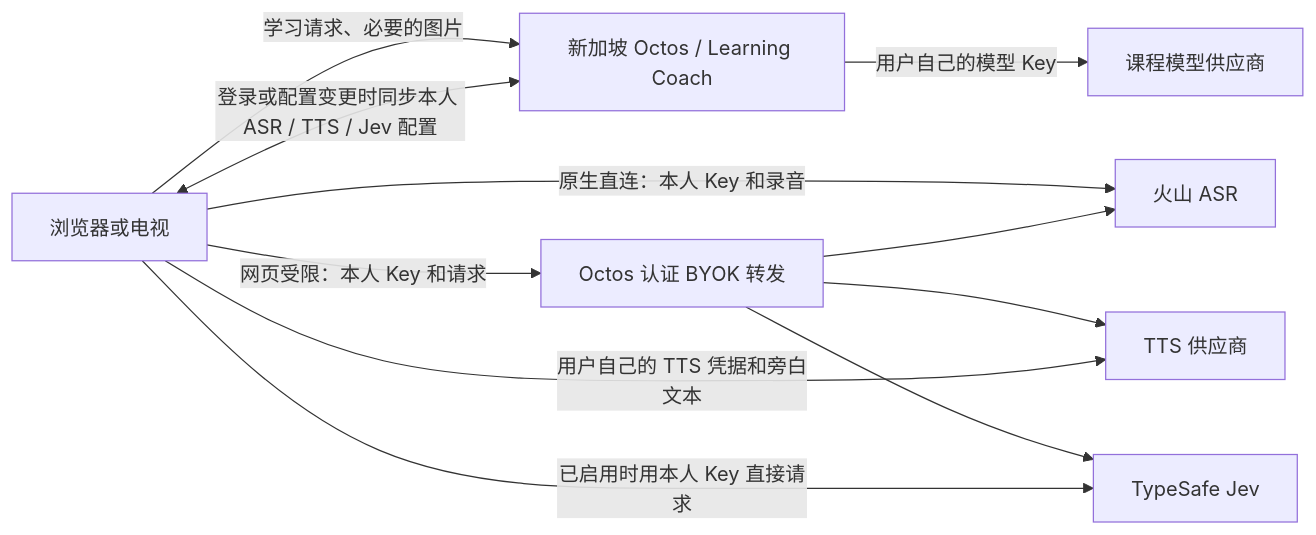
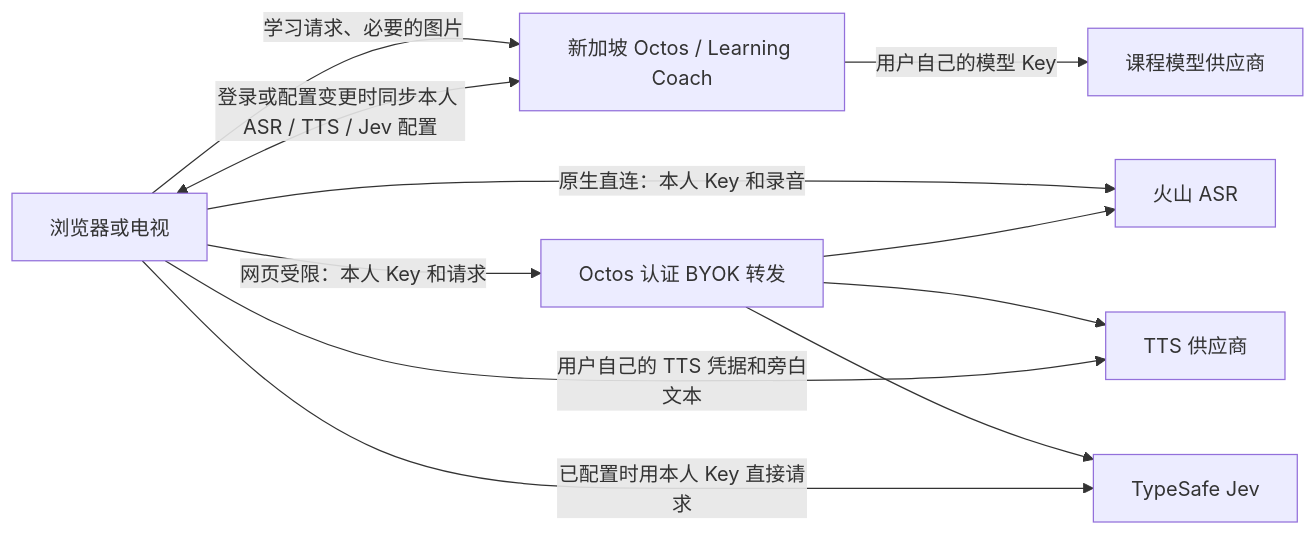
One commit to octos-org/octos-learn changed the diagram in docs/FULL_BYOK_IMPLEMENTATION_PLAN.md. Above: the diagram before and after it, drawn with Mermaid. The commit also changed other lines of this file and 14 other files, not shown here.

````diff
--- a/docs/FULL_BYOK_IMPLEMENTATION_PLAN.md
+++ b/docs/FULL_BYOK_IMPLEMENTATION_PLAN.md
@@ -47,13 +47,13 @@
 ```mermaid
 flowchart LR
   C[浏览器或电视] -->|学习请求、必要的图片| S[新加坡 Octos / Learning Coach]
   S -->|用户自己的模型 Key| M[课程模型供应商]
   C <-->|登录或配置变更时同步本人 ASR / TTS / Jev 配置| S
   C -->|原生直连：本人 Key 和录音| A[火山 ASR]
   C -->|网页受限：本人 Key 和请求| R[Octos 认证 BYOK 转发]
   R --> A
   R --> T
   R --> V
   C -->|用户自己的 TTS 凭据和旁白文本| T[TTS 供应商]
-  C -->|已启用时用本人 Key 直接请求| V[TypeSafe Jev]
+  C -->|已配置时用本人 Key 直接请求| V[TypeSafe Jev]
 ```
````
